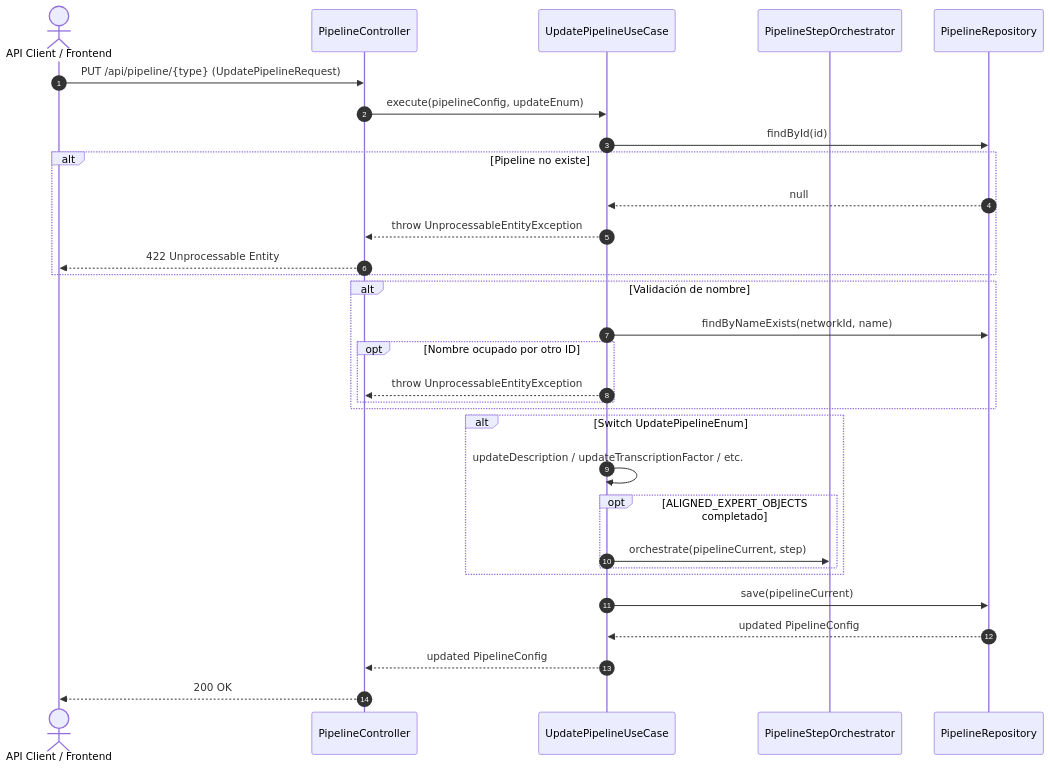
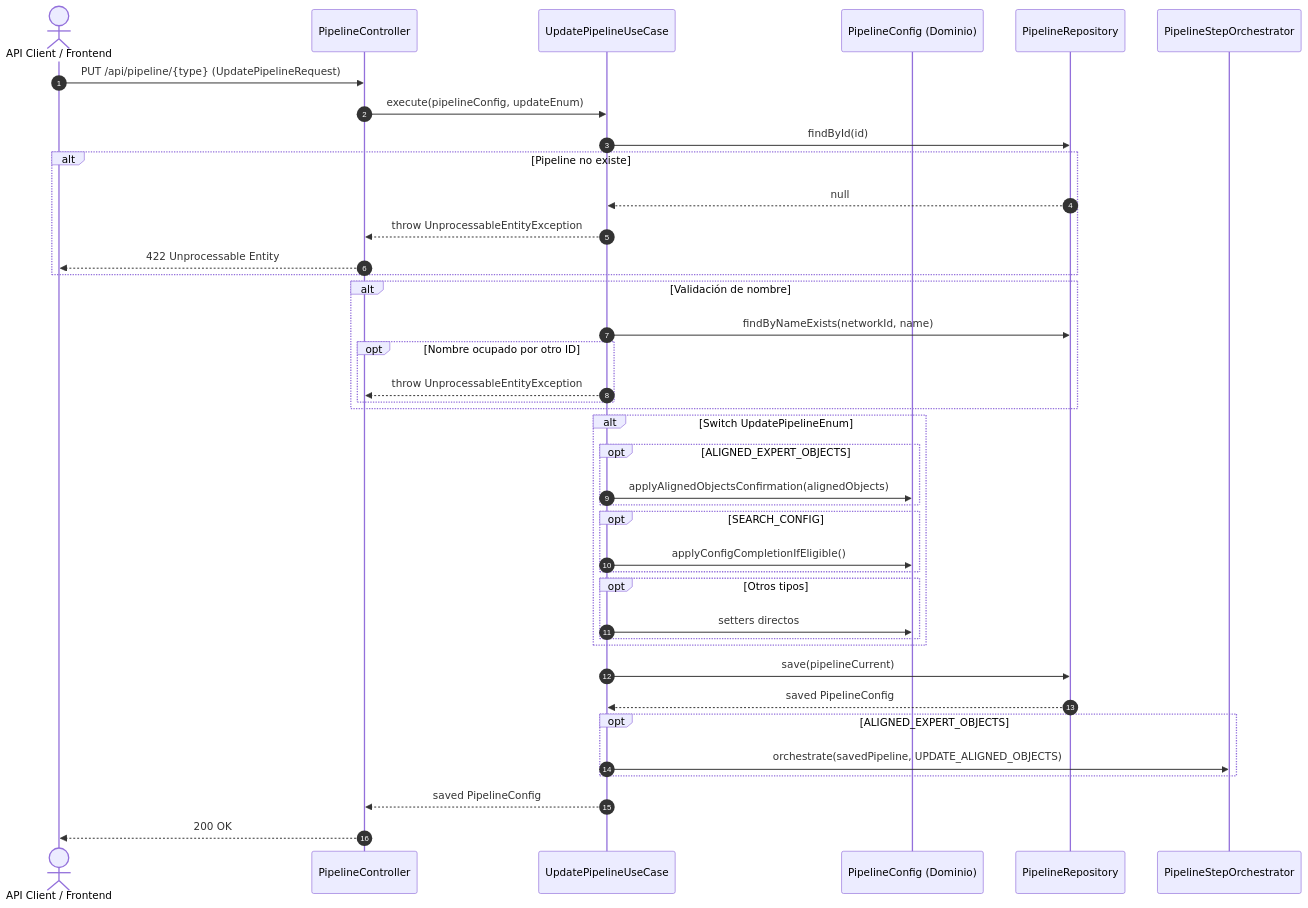
Before and after one commit to Biopatternsg-ms/config-and-control: the diagram in .agents/use_cases/UpdatePipelineUseCase.md, drawn with Mermaid. The commit also changed other lines of this file and 30 other files, not shown here.

````diff
--- a/.agents/use_cases/UpdatePipelineUseCase.md
+++ b/.agents/use_cases/UpdatePipelineUseCase.md
@@ -35,34 +37,43 @@
 ```mermaid
 sequenceDiagram
     autonumber
     actor Cliente as API Client / Frontend
     participant Controller as PipelineController
     participant UseCase as UpdatePipelineUseCase
+    participant Model as PipelineConfig (Dominio)
+    participant Repo as PipelineRepository
     participant Orchestrator as PipelineStepOrchestrator
-    participant Repo as PipelineRepository
 
     Cliente->>Controller: PUT /api/pipeline/{type} (UpdatePipelineRequest)
     Controller->>UseCase: execute(pipelineConfig, updateEnum)
     UseCase->>Repo: findById(id)
     alt Pipeline no existe
         Repo-->>UseCase: null
         UseCase-->>Controller: throw UnprocessableEntityException
         Controller-->>Cliente: 422 Unprocessable Entity
     end
     alt Validación de nombre
         UseCase->>Repo: findByNameExists(networkId, name)
         opt Nombre ocupado por otro ID
             UseCase-->>Controller: throw UnprocessableEntityException
         end
     end
     alt Switch UpdatePipelineEnum
-        UseCase->>UseCase: updateDescription / updateTranscriptionFactor / etc.
-        opt ALIGNED_EXPERT_OBJECTS completado
-            UseCase->>Orchestrator: orchestrate(pipelineCurrent, step)
+        opt ALIGNED_EXPERT_OBJECTS
+            UseCase->>Model: applyAlignedObjectsConfirmation(alignedObjects)
+        end
+        opt SEARCH_CONFIG
+            UseCase->>Model: applyConfigCompletionIfEligible()
+        end
+        opt Otros tipos
+            UseCase->>Model: setters directos
         end
     end
     UseCase->>Repo: save(pipelineCurrent)
-    Repo-->>UseCase: updated PipelineConfig
-    UseCase-->>Controller: updated PipelineConfig
+    Repo-->>UseCase: saved PipelineConfig
+    opt ALIGNED_EXPERT_OBJECTS
+        UseCase->>Orchestrator: orchestrate(savedPipeline, UPDATE_ALIGNED_OBJECTS)
+    end
+    UseCase-->>Controller: saved PipelineConfig
     Controller-->>Cliente: 200 OK
 ```
````
